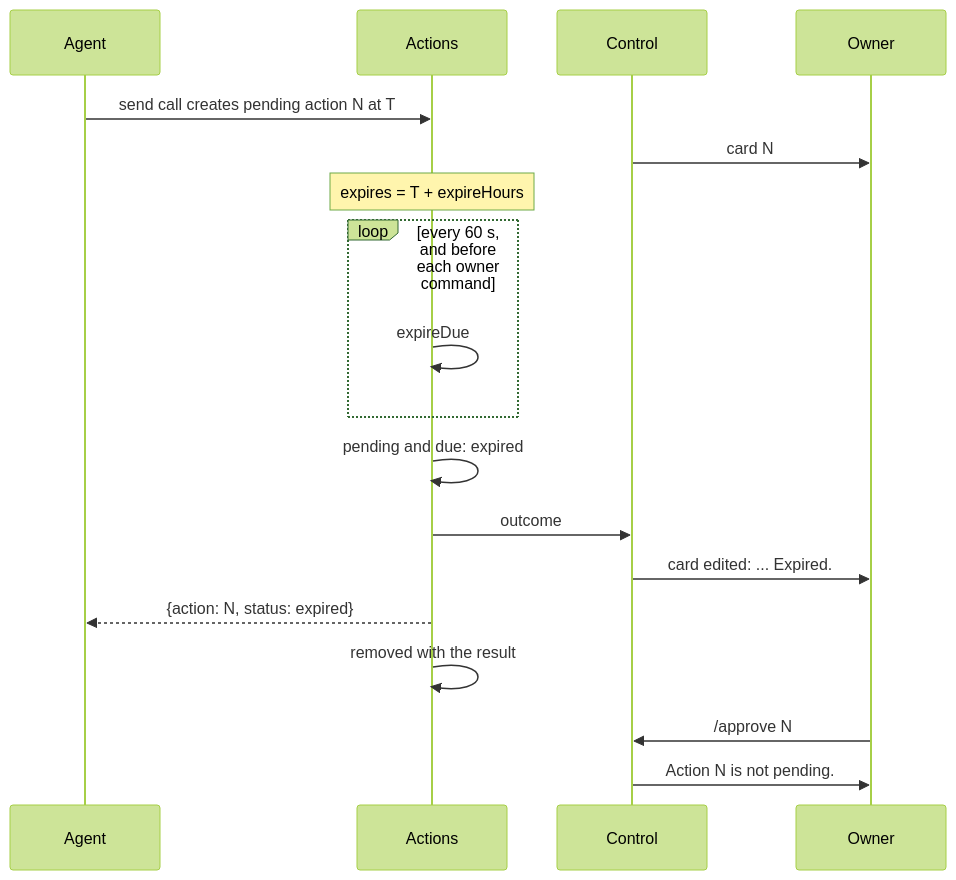
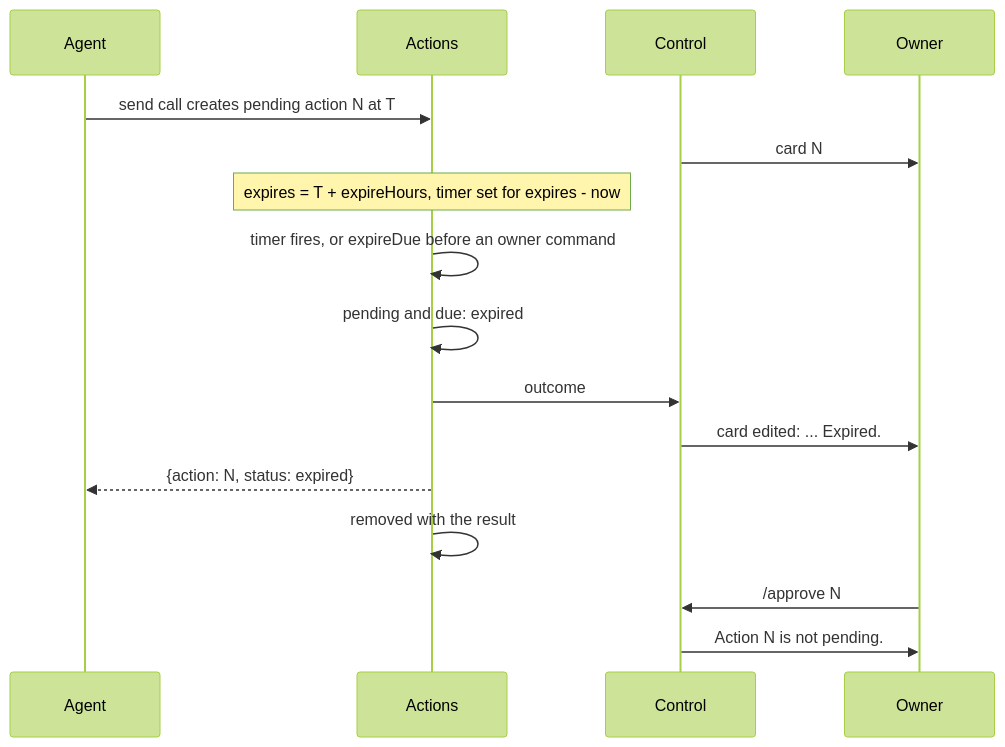
Before and after one commit to simplex-chat/simplex-chat: the ninth of 26 diagrams in packages/simplex-chat-mcp/spec/flows.md, drawn with Mermaid (forest theme). The commit also changed other lines of this file and 3 other files, not shown here.

````diff
--- a/packages/simplex-chat-mcp/spec/flows.md
+++ b/packages/simplex-chat-mcp/spec/flows.md
@@ -407,20 +420,18 @@
 ```mermaid
 sequenceDiagram
   participant A as Agent
   participant X as Actions
   participant K as Control
   participant O as Owner
   A->>X: send call creates pending action N at T
   K->>O: card N
-  Note over X: expires = T + expireHours
-  loop every 60 s, and before each owner command
-    X->>X: expireDue
-  end
+  Note over X: expires = T + expireHours, timer set for expires - now
+  X->>X: timer fires, or expireDue before an owner command
   X->>X: pending and due: expired
   X->>K: outcome
   K->>O: card edited: ... Expired.
   X-->>A: {action: N, status: expired}
   X->>X: removed with the result
   O->>K: /approve N
   K->>O: Action N is not pending.
 ```
````
